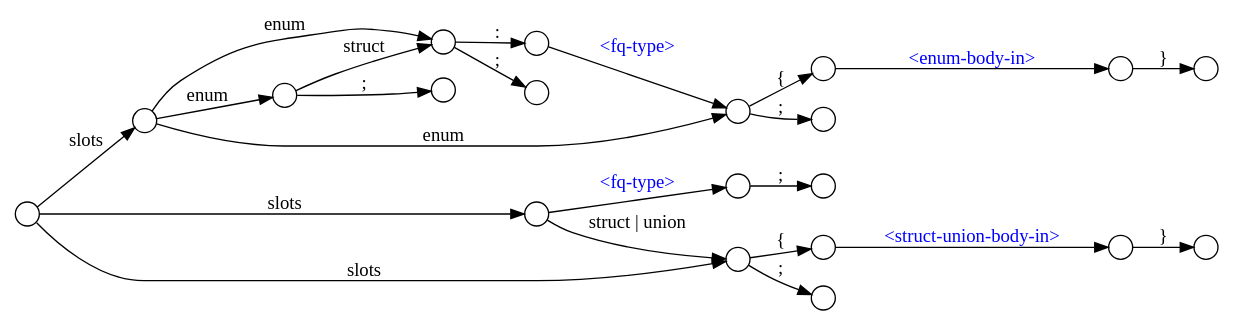
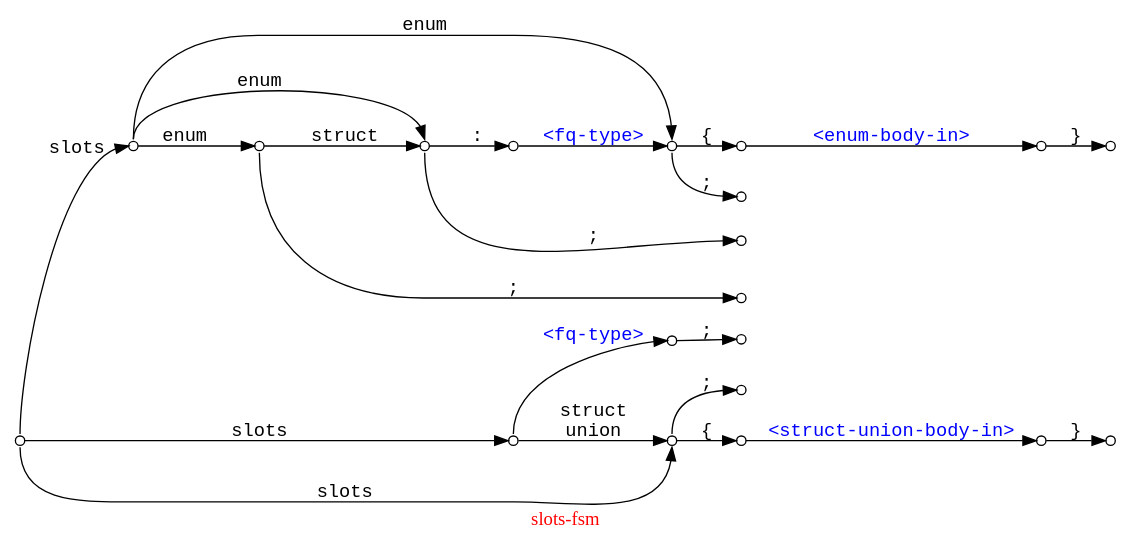
The diagram in slots-fsm.dot (Ayyzee/dakota), drawn with Graphviz before and after one commit.

Commit message:
Updates to slots-fsm.dot to make it easier on the eyes.

```diff
--- a/slots-fsm.dot
+++ b/slots-fsm.dot
@@ -1,61 +1,70 @@
 // -*- mode: c++ -*-
 
 // slots <fq-type> ;
 
 // slots        ;
 // slots        { ... }
 // slots struct ;
 // slots struct { ... }
 // slots union  ;
 // slots union  { ... }
 
 // slots enum                    ;
 // slots enum                    { ... }
 // slots enum        : <fq-type> ;
 // slots enum        : <fq-type> { ... }
 // slots enum struct             ;
 // slots enum struct             { ... }
 // slots enum struct : <fq-type> ;
 // slots enum struct : <fq-type> { ... }
 
-digraph {
-  graph [ rankdir = LR ];
-  node [ shape = circle, width = 0.5, fixedsize = true ];
-  node [ label = "", width = 0.25 ];
+digraph "slots-fsm" {
+  graph [ rankdir = LR, label = "\G", fontcolor = red ];
+  edge [ fontname = "courier" ];
+  node [ shape = circle, fontsize = 12, width = 0.3, fixedsize = true ];
+  node [ label = "", width = 0.1 ];
 
-  000 -> 010 [ label = "slots" ];
-  010 -> 020 [ label = "enum" ];
-  010 -> 030 [ label = "enum" ];
-  010 -> 050 [ label = "enum" ];
-  020 -> 030 [ label = "struct" ];
-  020 -> 025 [ label = ";" ];
-  030 -> 040 [ label = ":" ];
-  030 -> 035 [ label = ";" ];
-  040 -> 050 [ label = "<fq-type>", fontcolor = blue ];
-  050 -> 055 [ label = ";" ];
-  050 -> 060 [ label = "{" ];
+  000:n -> 010:w [ label = "slots", weigth = 5 ];
+  010 -> 020 [ label = "enum", weight = 5 ];
+  010:n -> 030:n [ label = "enum" ];
+  010:n -> 050:n [ label = "enum" ];
+  020 -> 030 [ label = "struct", weight = 5 ];
+  020:s -> 025:w [ label = ";" ];
+  030 -> 040 [ label = ":", weight = 5 ];
+  030:s -> 035:w [ label = ";" ];
+  040 -> 050 [ label = "<fq-type>", fontcolor = blue, weight = 5 ];
+  050:s -> 055:w [ label = ";" ];
+  050 -> 060 [ label = "{", weight = 5 ];
   060 -> 070 [ label = "<enum-body-in>", fontcolor = blue ];
   070 -> 080 [ label = "}" ];
 
-  000 -> 100 [ label = "slots" ];
-  140 -> 100 [ label = "struct | union" ];
-  100 -> 110 [ label = "{" ];
-  100 -> 105 [ label = ";" ];
+  000:s -> 100:s [ label = "slots" ];
+  140 -> 100 [ label = "struct\nunion", weight = 4 ];
+  100 -> 110 [ label = "{", weight = 4 ];
+  100:n -> 105:w [ label = ";" ];
   110 -> 120 [ label = "<struct-union-body-in>", fontcolor = blue ];
   120 -> 130 [ label = "}" ];
 
-  000 -> 140 [ label = "slots" ];
-  140 -> 150 [ label = "<fq-type>", fontcolor = blue ];
-  150 -> 155 [ label = ";" ];
+  000 -> 140 [ label = "slots", weight = 3 ];
+  140:n -> 150:w [ label = "<fq-type>", fontcolor = blue ];
+  150 -> 155 [ label = ";", weight = 2 ];
 
   subgraph {
     graph [ rank = same ];
     050;
     100;
   }
   subgraph {
     graph [ rank = same ];
     040;
     140;
   }
+  subgraph {
+    graph [ rank = same ];
+    025;
+    035;
+    055;
+    105;
+    155;
+  }
 }
```
